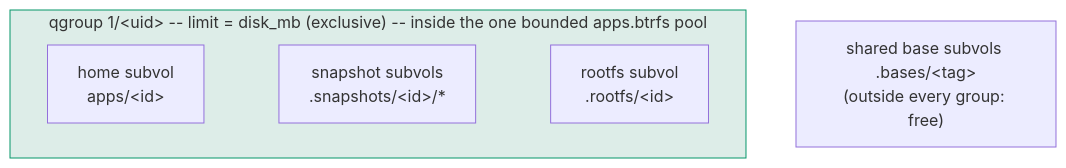
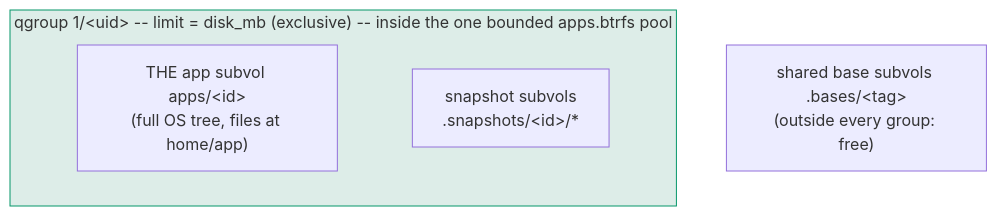
The first of 2 diagrams in docs/slides/presentations/storage.md (binwiederhier/hostit), drawn with Mermaid before and after one commit. The commit also changed other lines of this file and 21 other files, not shown here.

````diff
--- a/docs/slides/presentations/storage.md
+++ b/docs/slides/presentations/storage.md
@@ -186,9 +187,9 @@
 ```mermaid {scale: 0.85}
 flowchart LR
   subgraph appgroup["qgroup 1/&lt;uid&gt; -- limit = disk_mb (exclusive) -- inside the one bounded apps.btrfs pool"]
     direction LR
-    home["home subvol<br/>apps/&lt;id&gt;"] ~~~ snaps["snapshot subvols<br/>.snapshots/&lt;id&gt;/*"] ~~~ layer["rootfs subvol<br/>.rootfs/&lt;id&gt;"]
+    subvol["THE app subvol apps/&lt;id&gt;<br/>(full OS tree, files at home/app)"] ~~~ snaps["snapshot subvols<br/>.snapshots/&lt;id&gt;/*"]
   end
   appgroup ~~~ images["shared base subvols .bases/&lt;tag&gt;<br/>(outside every group: free)"]
   style appgroup fill:#04785722,stroke:#059669
 ```
````
